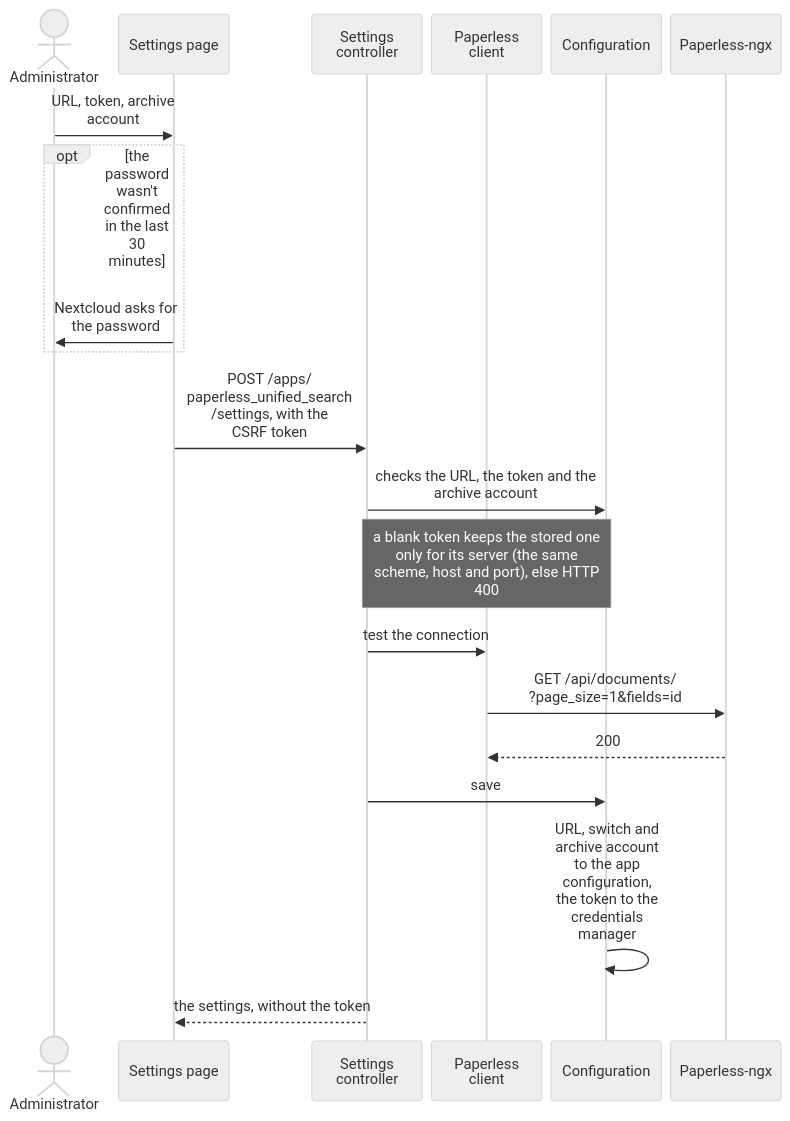
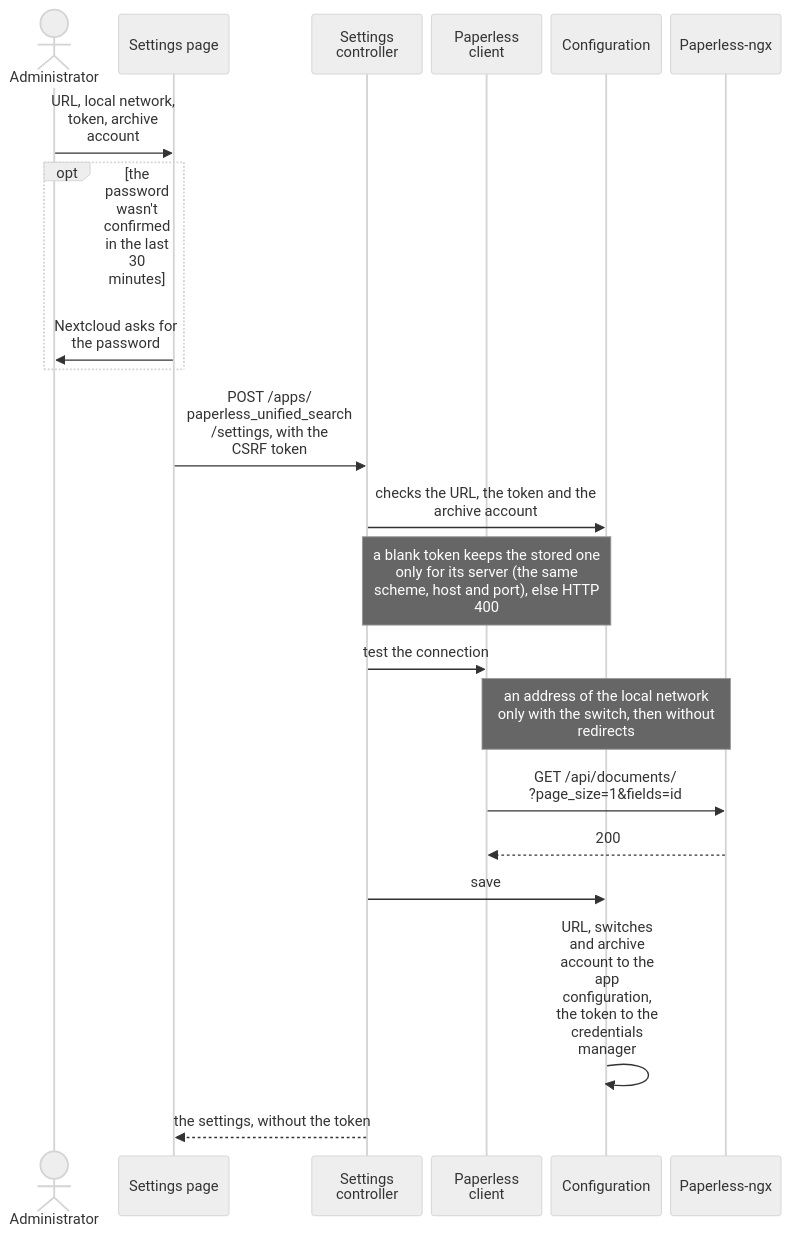
Before and after one commit to Dennis-Otto/paperless-unified-search: the eighth of 8 diagrams in docs/architecture.md, drawn with Mermaid (neutral theme). The commit also changed other lines of this file and 27 other files, not shown here.

First line of the commit message:
feat(settings): reach a Paperless in the local network without turning off Nextcloud's protection for all apps (#119)

````diff
--- a/docs/architecture.md
+++ b/docs/architecture.md
@@ -309,32 +309,33 @@
 ```mermaid
 ---
 config:
   sequence:
     wrap: true
     width: 120
     actorMargin: 10
 ---
 sequenceDiagram
     accTitle: Saving the settings
-    accDescr: The administrator enters the URL, the token and the archive account. When the password wasn't confirmed in the last 30 minutes, Nextcloud asks for it first. The settings page sends them with the CSRF token to the settings controller, which checks the URL, the token and the archive account: a blank token keeps the stored one only for its server, the same scheme, host and port, and otherwise the answer is HTTP 400. Then the controller has the Paperless client test the connection with one request to Paperless-ngx. Only when Paperless answers does the configuration save them, the URL, the switch and the archive account in the app configuration and the token in the credentials manager. The page gets the settings back, without the token.
+    accDescr: The administrator enters the URL, whether Paperless runs in the local network, the token and the archive account. When the password wasn't confirmed in the last 30 minutes, Nextcloud asks for it first. The settings page sends them with the CSRF token to the settings controller, which checks the URL, the token and the archive account: a blank token keeps the stored one only for its server, the same scheme, host and port, and otherwise the answer is HTTP 400. Then the controller has the Paperless client test the connection with one request to Paperless-ngx, which Nextcloud lets reach an address of the local network only with the switch, and then without redirects. Only when Paperless answers does the configuration save them, the URL, the switches and the archive account in the app configuration and the token in the credentials manager. The page gets the settings back, without the token.
 
     actor Admin as Administrator
     participant Page as Settings page
     participant Controller as Settings controller
     participant Client as Paperless client
     participant Config as Configuration
     participant Paperless as Paperless-ngx
-    Admin->>Page: URL, token, archive account
+    Admin->>Page: URL, local network, token, archive account
     opt the password wasn't confirmed in the last 30 minutes
         Page->>Admin: Nextcloud asks for the password
     end
     Page->>Controller: POST /apps/<br>paperless_unified_search<br>/settings, with the<br>CSRF token
     Controller->>Config: checks the URL, the token and the archive account
     Note over Controller,Config: a blank token keeps the stored one only for its server (the same scheme, host and port), else HTTP 400
     Controller->>Client: test the connection
+    Note over Client,Paperless: an address of the local network only with the switch, then without redirects
     Client->>Paperless: GET /api/documents/<br>?page_size=1&fields=id
     Paperless-->>Client: 200
     Controller->>Config: save
-    Config->>Config: URL, switch and archive account to the app configuration, the token to the credentials manager
+    Config->>Config: URL, switches and archive account to the app configuration, the token to the credentials manager
     Controller-->>Page: the settings, without the token
 ```
````
